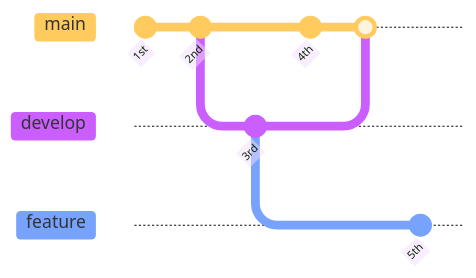
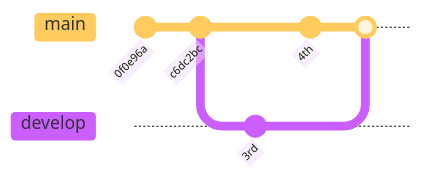
One commit to umr-marbec/git-training changed diagram 14 of 16 in slides-git-quarto/slides-training.qmd. Above: the diagram before and after it, drawn with Mermaid. The commit also changed other lines of this file and 2 other files, not shown here.

````diff
--- a/slides-git-quarto/slides-training.qmd
+++ b/slides-git-quarto/slides-training.qmd
@@ -311,17 +399,14 @@
 ```{mermaid}
 %%| fig-width: 10
-%%| fig-height: 3
+%%| fig-height: 2
 %%{init: { 'logLevel': 'debug', 'theme': 'base', 'gitGraph': {'rotateCommitLabel': true}}}%%
 gitGraph
-    commit id: "1st"
-    commit id: "2nd"
+    commit id: "0f0e96a"
+    commit id: "c6dc2bc"
     branch develop
     checkout develop
     commit id: "3rd"
     checkout main
     commit id: "4th"
     merge develop
-    checkout develop
-    branch feature
-    commit id: "5th"
 ```
````
